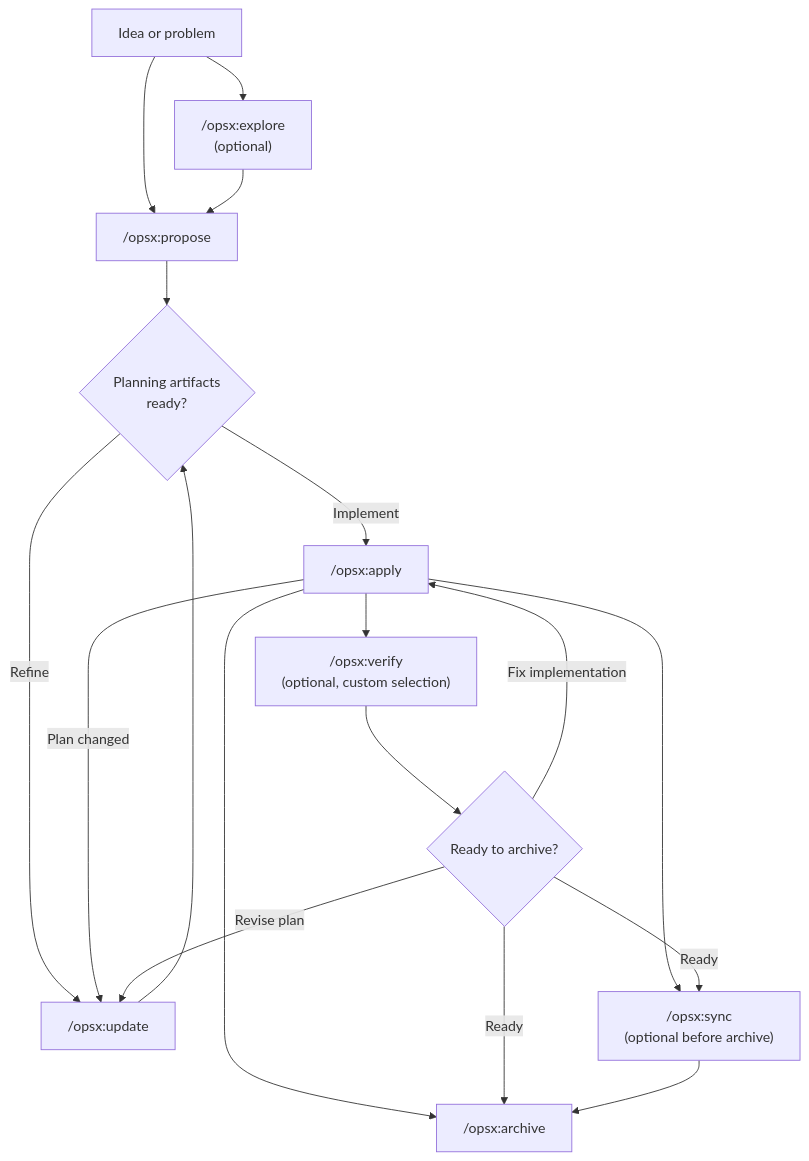
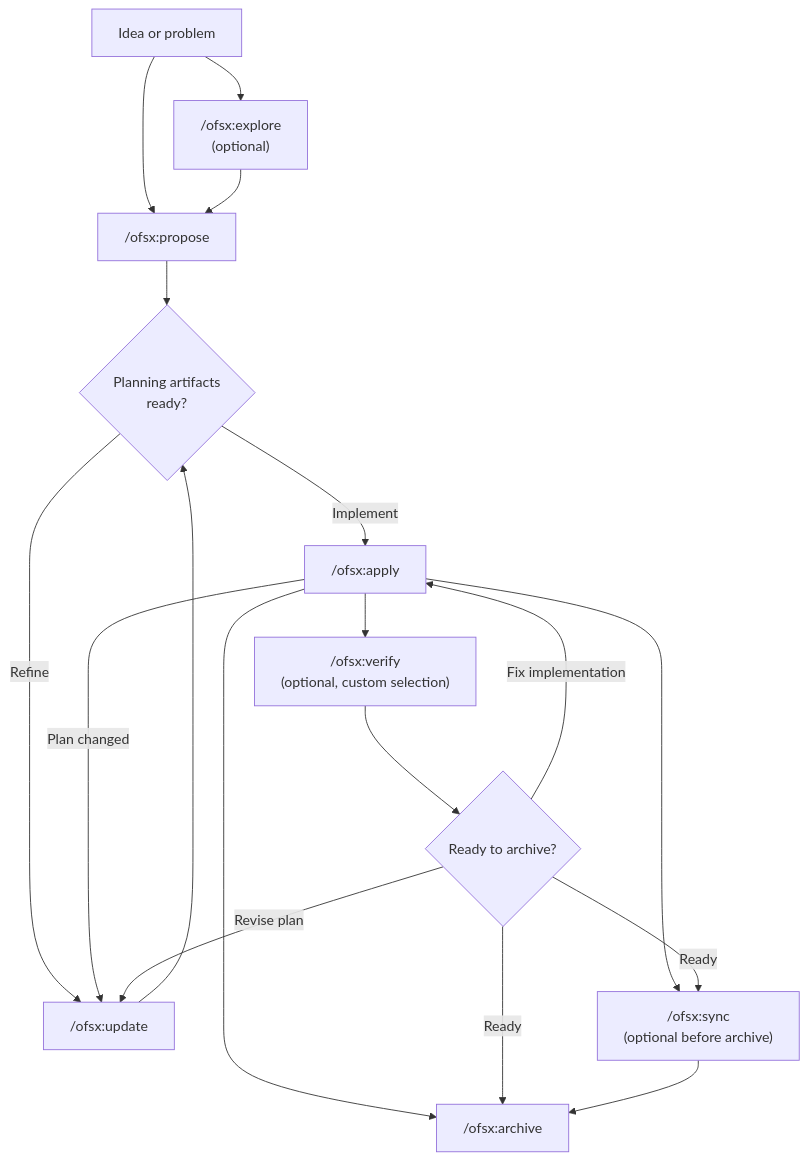
Before and after one commit to joelsebbu/cursor-projects: the first of 2 diagrams in docs/workflows.md, drawn with Mermaid. The commit also changed other lines of this file and 126 other files, not shown here.

First line of the commit message:
Rename commands opsx -> ofsx and workflow skills openspec-* -> officespec-*

````diff
--- a/docs/workflows.md
+++ b/docs/workflows.md
@@ -36,20 +36,20 @@
 ```mermaid
 flowchart TD
-    Idea["Idea or problem"] --> Explore["/opsx:explore<br/>(optional)"]
-    Idea --> Propose["/opsx:propose"]
+    Idea["Idea or problem"] --> Explore["/ofsx:explore<br/>(optional)"]
+    Idea --> Propose["/ofsx:propose"]
     Explore --> Propose
     Propose --> Review{"Planning artifacts<br/>ready?"}
-    Review -->|"Refine"| Update["/opsx:update"]
+    Review -->|"Refine"| Update["/ofsx:update"]
     Update --> Review
-    Review -->|"Implement"| Apply["/opsx:apply"]
+    Review -->|"Implement"| Apply["/ofsx:apply"]
     Apply -->|"Plan changed"| Update
-    Apply --> Archive["/opsx:archive"]
-    Apply --> Verify["/opsx:verify<br/>(optional, custom selection)"]
-    Apply --> Sync["/opsx:sync<br/>(optional before archive)"]
+    Apply --> Archive["/ofsx:archive"]
+    Apply --> Verify["/ofsx:verify<br/>(optional, custom selection)"]
+    Apply --> Sync["/ofsx:sync<br/>(optional before archive)"]
     Verify --> Verified{"Ready to archive?"}
     Verified -->|"Fix implementation"| Apply
     Verified -->|"Revise plan"| Update
     Verified -->|"Ready"| Sync
     Verified -->|"Ready"| Archive
     Sync --> Archive
 ```
````
